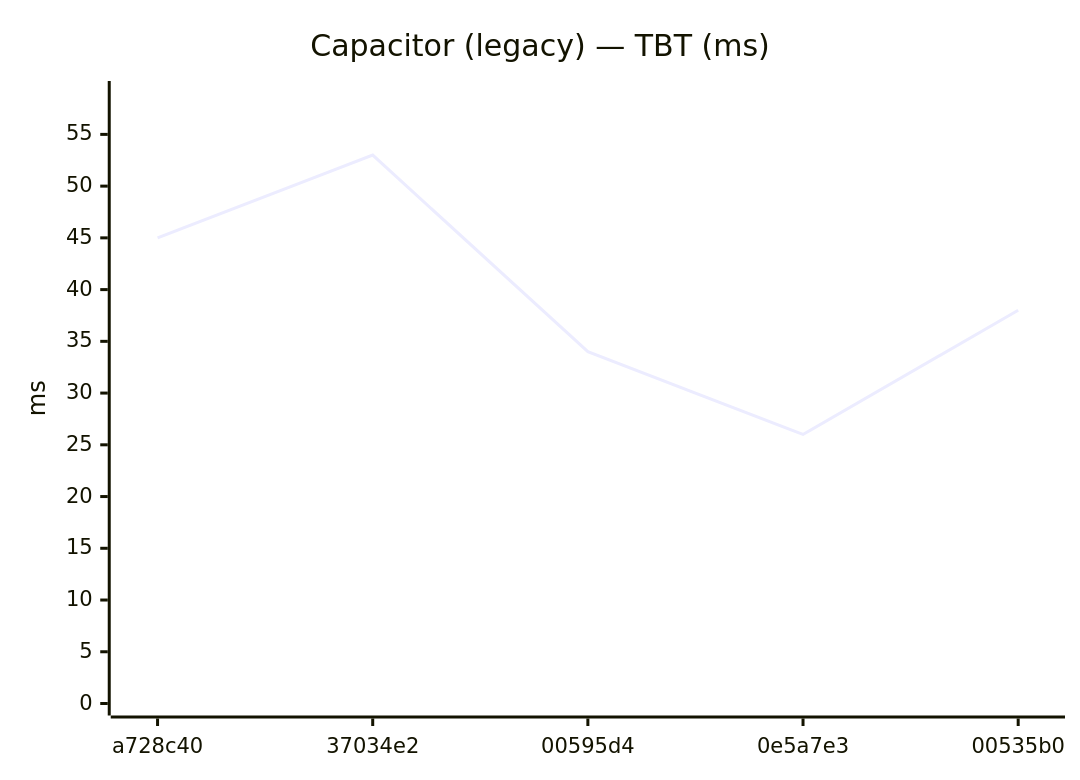
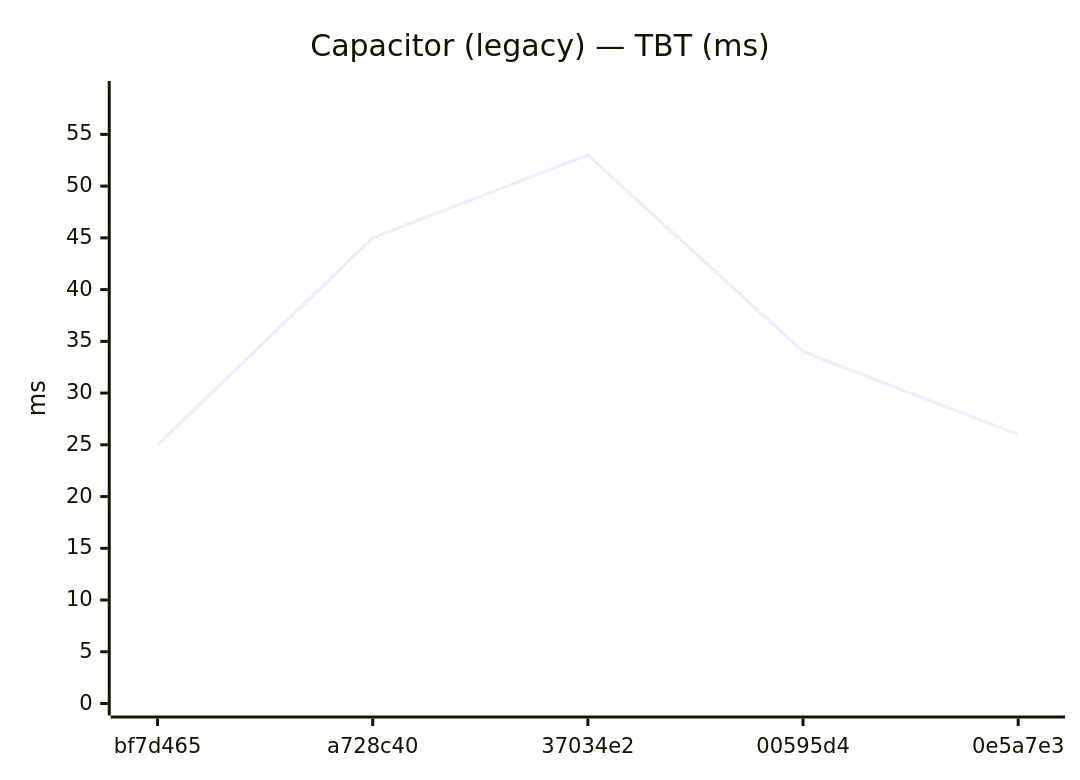
One commit to Metaheurist/Rianell changed diagram 14 of 24 in benchmarks/compare.md. Above: the diagram before and after it, drawn with Mermaid. The commit also changed other lines of this file and 12 other files, not shown here.

````diff
--- a/benchmarks/compare.md
+++ b/benchmarks/compare.md
@@ -197,7 +201,7 @@
 ```mermaid
 xychart-beta
     title "Capacitor (legacy) — TBT (ms)"
-    x-axis ["a728c40", "37034e2", "00595d4", "0e5a7e3", "00535b0"]
+    x-axis ["bf7d465", "a728c40", "37034e2", "00595d4", "0e5a7e3"]
     y-axis "ms" 0 --> 59
-    line [45, 53, 34, 26, 38]
+    line [25, 45, 53, 34, 26]
 ```
````
